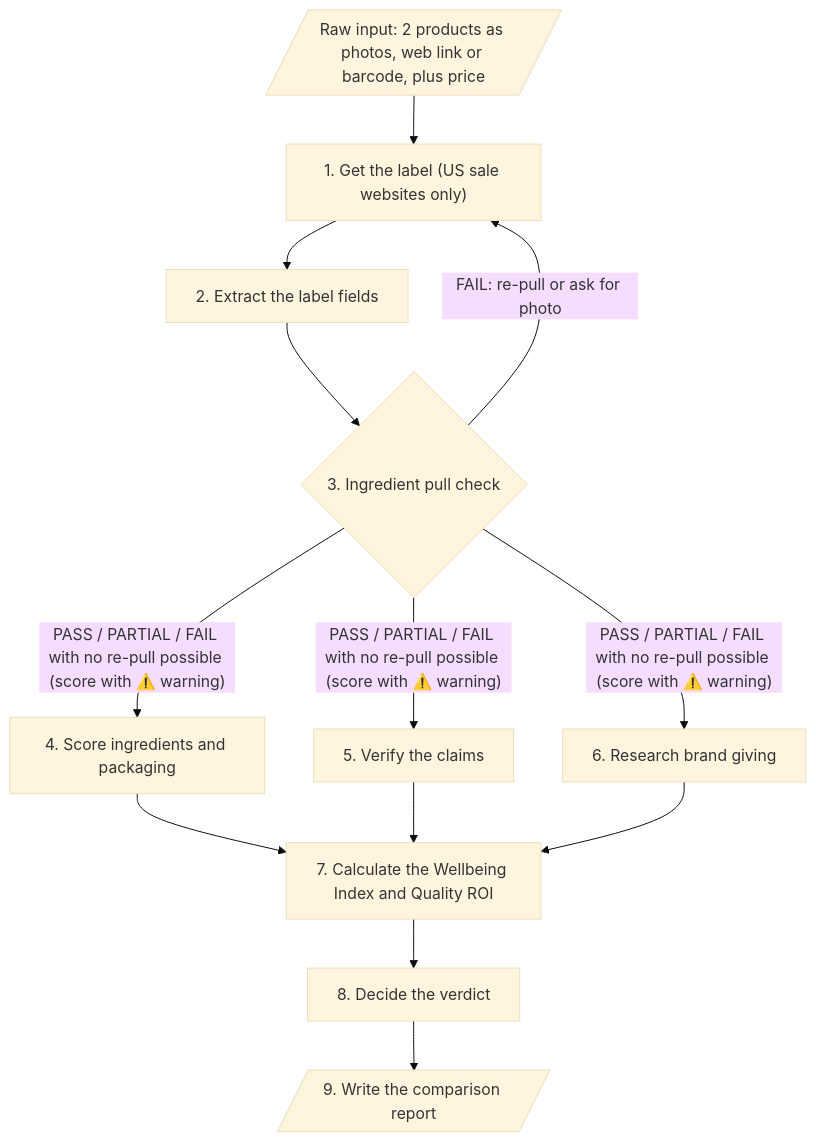
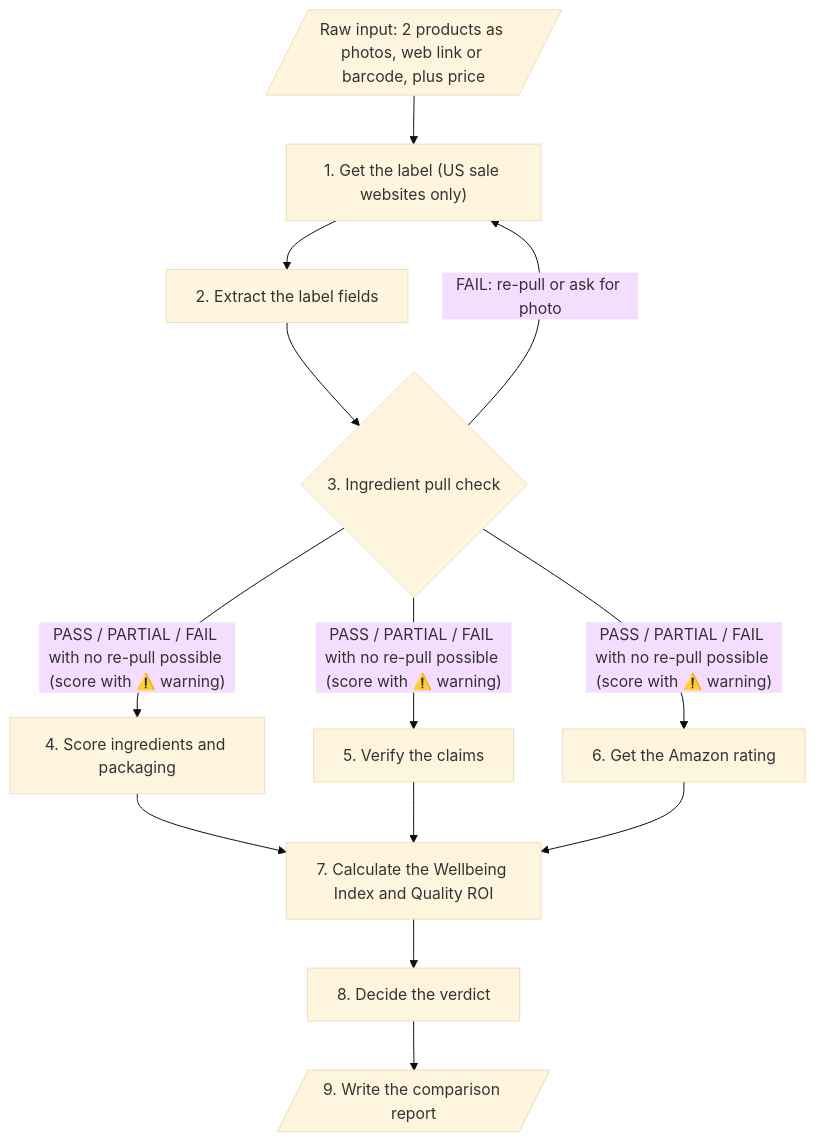
One commit to Murkhali108/Gtransfiormer changed the diagram in PROCESS_FLOW.md. Above: the diagram before and after it, drawn with Mermaid (base theme). The commit also changed other lines of this file and 9 other files, not shown here.

````diff
--- a/PROCESS_FLOW.md
+++ b/PROCESS_FLOW.md
@@ -5,15 +5,15 @@
 ```mermaid
 flowchart TD
     R[/"Raw input: 2 products as photos, web link or barcode, plus price"/] --> S1
     S1["1. Get the label (US sale websites only)"] --> S2
     S2["2. Extract the label fields"] --> S3
     S3{"3. Ingredient pull check"}
     S3 -- "FAIL: re-pull or ask for photo" --> S1
     S3 -- "PASS / PARTIAL / FAIL with no re-pull possible (score with ⚠️ warning)" --> S4 & S5 & S6
     S4["4. Score ingredients and packaging"] --> S7
     S5["5. Verify the claims"] --> S7
-    S6["6. Research brand giving"] --> S7
+    S6["6. Get the Amazon rating"] --> S7
     S7["7. Calculate the Wellbeing Index and Quality ROI"] --> S8
     S8["8. Decide the verdict"] --> S9
     S9[/"9. Write the comparison report"/]
 ```
````
